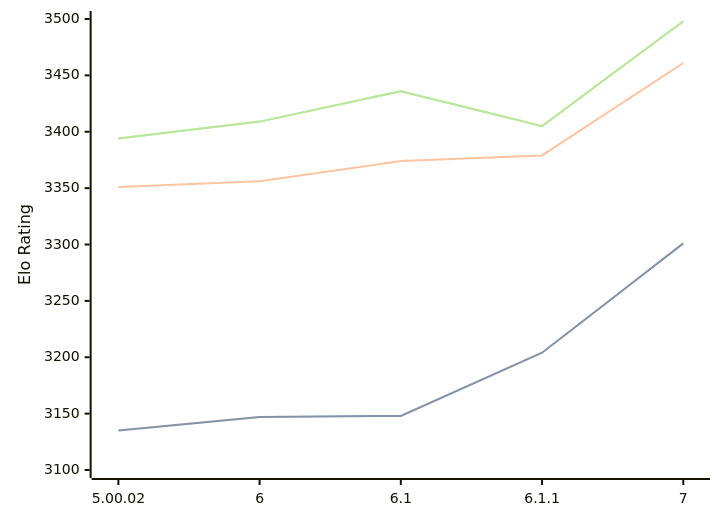
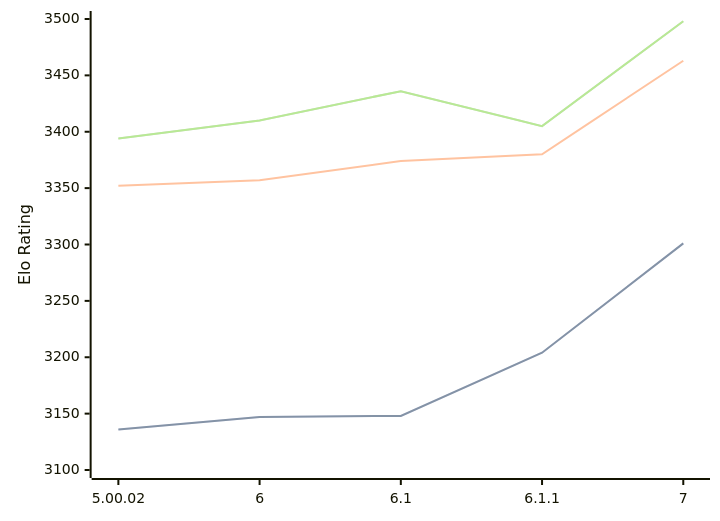
One commit to computer-chess-index/cci changed the diagram in engines/Zangdar.md. Above: the diagram before and after it, drawn with Mermaid. The commit also changed other lines of this file, not shown here.

Commit message:
Update CCI Ratings (ELO VLTC) - 2026-09-07

````diff
--- a/engines/Zangdar.md
+++ b/engines/Zangdar.md
@@ -35,11 +35,11 @@
 ```mermaid
 %%{init: {"theme":"base","themeVariables":{"seriesColors:['#a3a3a3','#222221','#faa371']}}}%%
 xychart-beta
   x-axis ["5.00.02", "6", "6.1", "6.1.1", "7"]
   y-axis "Elo Rating" 3100 --> 3500
-  line "" [3135, 3147, 3148, 3204, 3301]
-  line "STC (8.0+0.08s)" [3135, 3147, 3148, 3204, 3301]
-  line "LTC (60.0+0.60s)" [3351, 3356, 3374, 3379, 3461]
-  line "" [3394, 3409, 3436, 3405, 3498]
-  line "VLTC (2m24s+1.12s)" [3394, 3409, 3436, 3405, 3498]
+  line "" [3136, 3147, 3148, 3204, 3301]
+  line "STC (8.0+0.08s)" [3136, 3147, 3148, 3204, 3301]
+  line "LTC (60.0+0.60s)" [3352, 3357, 3374, 3380, 3463]
+  line "" [3394, 3410, 3436, 3405, 3498]
+  line "VLTC (2m24s+1.12s)" [3394, 3410, 3436, 3405, 3498]
 ```
````
